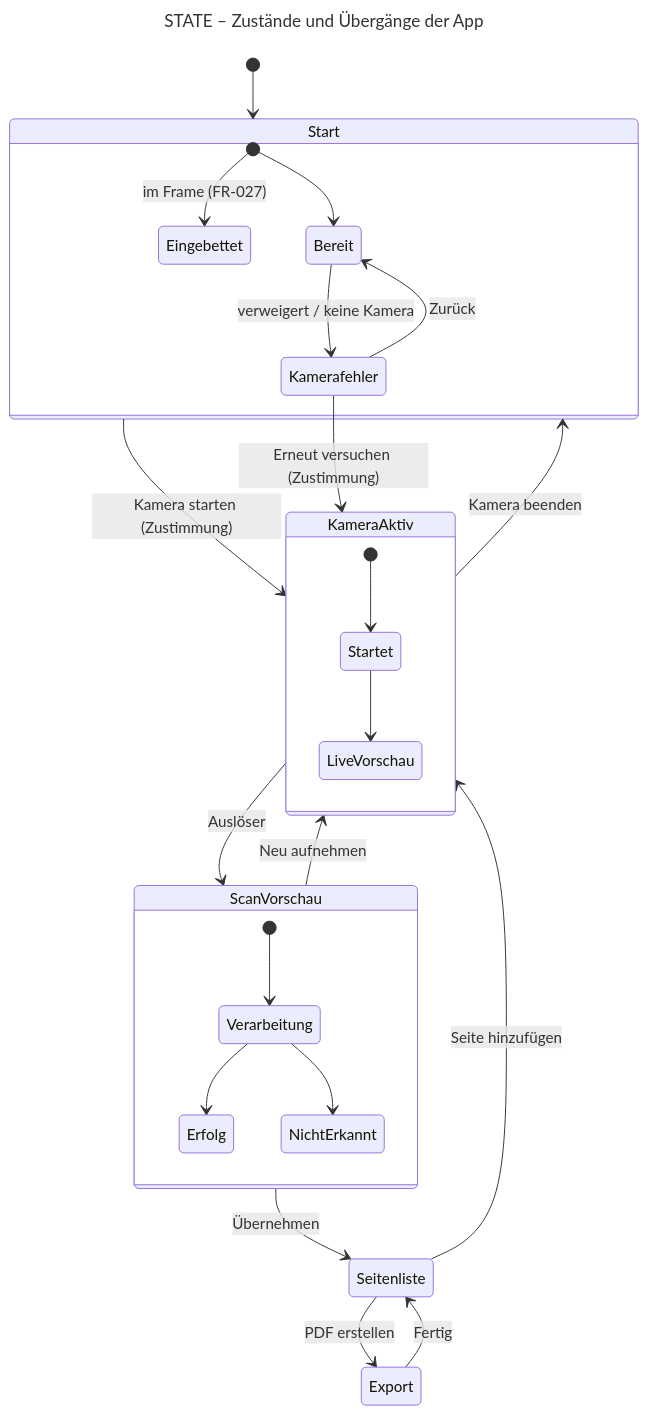
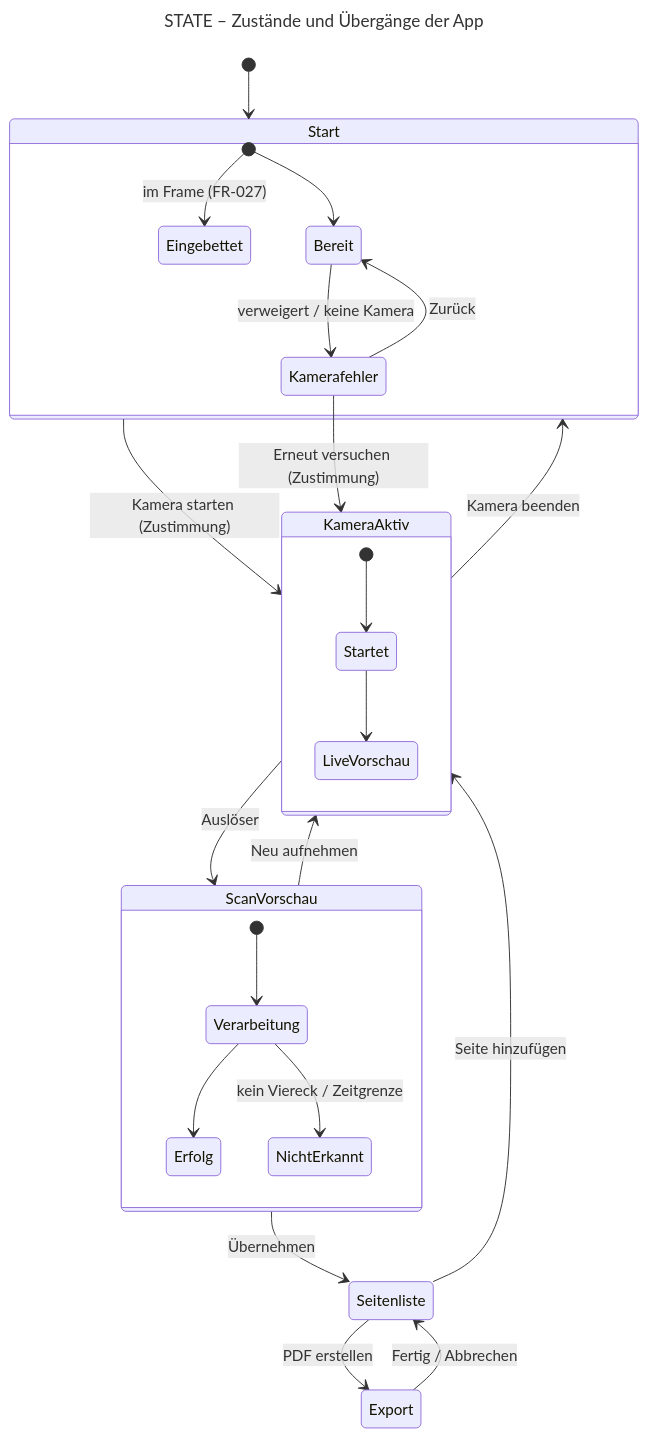
The third of 8 diagrams in ARCHITECTURE.md (alexanderweigelt/ScannerPWA), drawn with Mermaid before and after one commit. The commit also changed other lines of this file and 4 other files, not shown here.

````diff
--- a/ARCHITECTURE.md
+++ b/ARCHITECTURE.md
@@ -195,33 +195,33 @@
 ```mermaid
 ---
 title: STATE – Zustände und Übergänge der App
 ---
 stateDiagram-v2
   accTitle: Zustandsmaschine der App
   accDescr: Fünf Zustände nach FR-015 mit Teilzuständen nach DESIGN.md. Jeder Zustand hat mindestens eine Aktion; Fehler bleiben Teilzustände.
   [*] --> Start
   state Start {
     [*] --> Bereit
     [*] --> Eingebettet: im Frame (FR-027)
     Bereit --> Kamerafehler: verweigert / keine Kamera
     Kamerafehler --> Bereit: Zurück
   }
   Start --> KameraAktiv: Kamera starten (Zustimmung)
   Kamerafehler --> KameraAktiv: Erneut versuchen (Zustimmung)
   state KameraAktiv {
     [*] --> Startet
     Startet --> LiveVorschau
   }
   KameraAktiv --> Start: Kamera beenden
   KameraAktiv --> ScanVorschau: Auslöser
   state ScanVorschau {
     [*] --> Verarbeitung
     Verarbeitung --> Erfolg
-    Verarbeitung --> NichtErkannt
+    Verarbeitung --> NichtErkannt: kein Viereck / Zeitgrenze
   }
   ScanVorschau --> KameraAktiv: Neu aufnehmen
   ScanVorschau --> Seitenliste: Übernehmen
   Seitenliste --> KameraAktiv: Seite hinzufügen
   Seitenliste --> Export: PDF erstellen
-  Export --> Seitenliste: Fertig
+  Export --> Seitenliste: Fertig / Abbrechen
 ```
````
